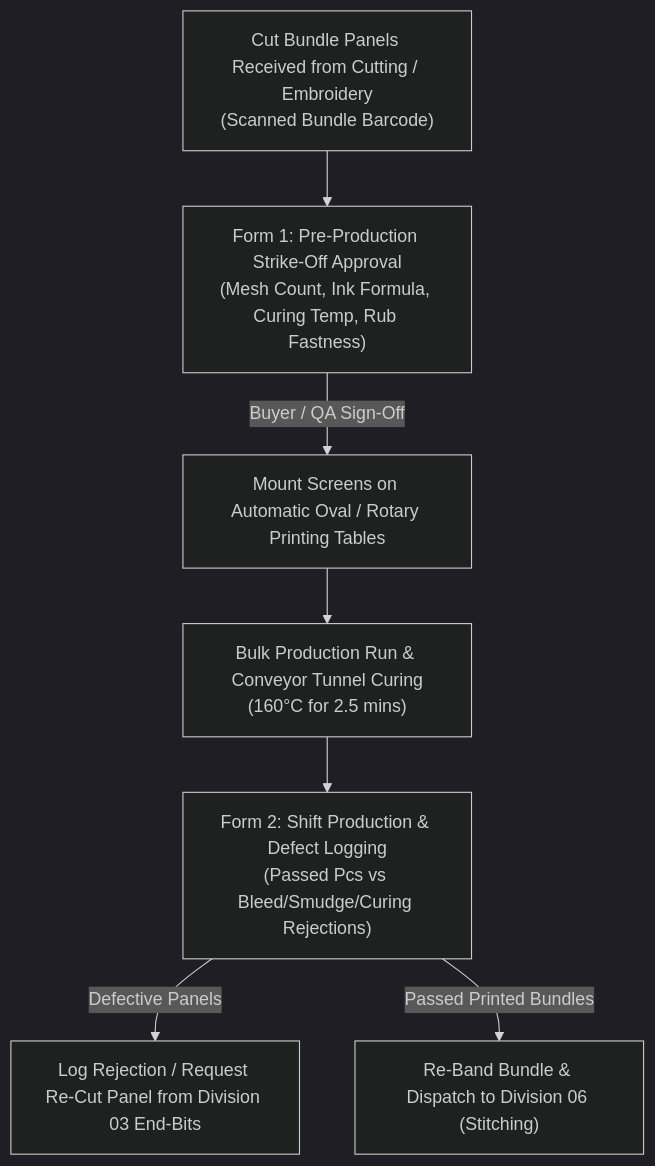
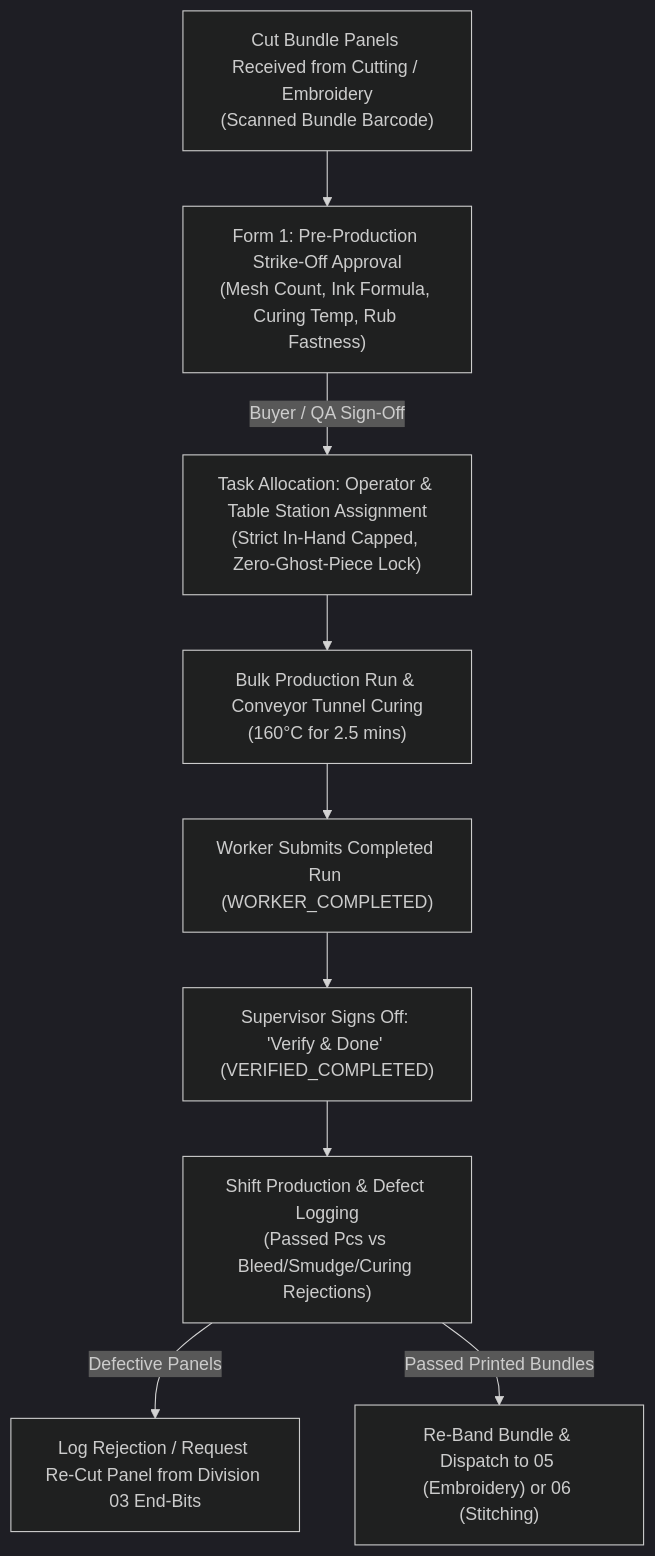
Before and after one commit to Nubi-sync/nubira-web-admin: the fifth of 13 diagrams in docs_logic/ZIGZA_MES_ENTERPRISE_BUSINESS_LOGIC_OPERATIONS_MANUAL.md, drawn with Mermaid (dark theme). The commit also changed other lines of this file and 12 other files, not shown here.

Commit message:
docs: add comprehensive backend architecture specifications, portal guides, and enterprise business logic manuals

````diff
--- a/docs_logic/ZIGZA_MES_ENTERPRISE_BUSINESS_LOGIC_OPERATIONS_MANUAL.md
+++ b/docs_logic/ZIGZA_MES_ENTERPRISE_BUSINESS_LOGIC_OPERATIONS_MANUAL.md
@@ -341,9 +341,11 @@
 ```mermaid
 flowchart TD
     A["Cut Bundle Panels Received from Cutting / Embroidery\n(Scanned Bundle Barcode)"] --> B["Form 1: Pre-Production Strike-Off Approval\n(Mesh Count, Ink Formula, Curing Temp, Rub Fastness)"]
-    B -->|Buyer / QA Sign-Off| C["Mount Screens on Automatic Oval / Rotary Printing Tables"]
+    B -->|Buyer / QA Sign-Off| C["Task Allocation: Operator & Table Station Assignment\n(Strict In-Hand Capped, Zero-Ghost-Piece Lock)"]
     C --> D["Bulk Production Run & Conveyor Tunnel Curing\n(160°C for 2.5 mins)"]
-    D --> E["Form 2: Shift Production & Defect Logging\n(Passed Pcs vs Bleed/Smudge/Curing Rejections)"]
-    E -->|Defective Panels| F["Log Rejection / Request Re-Cut Panel from Division 03 End-Bits"]
-    E -->|Passed Printed Bundles| G["Re-Band Bundle & Dispatch to Division 06 (Stitching)"]
+    D --> E["Worker Submits Completed Run (WORKER_COMPLETED)"]
+    E --> F["Supervisor Signs Off: 'Verify & Done' (VERIFIED_COMPLETED)"]
+    F --> G["Shift Production & Defect Logging\n(Passed Pcs vs Bleed/Smudge/Curing Rejections)"]
+    G -->|Defective Panels| H["Log Rejection / Request Re-Cut Panel from Division 03 End-Bits"]
+    G -->|Passed Printed Bundles| I["Re-Band Bundle & Dispatch to 05 (Embroidery) or 06 (Stitching)"]
 ```
````
